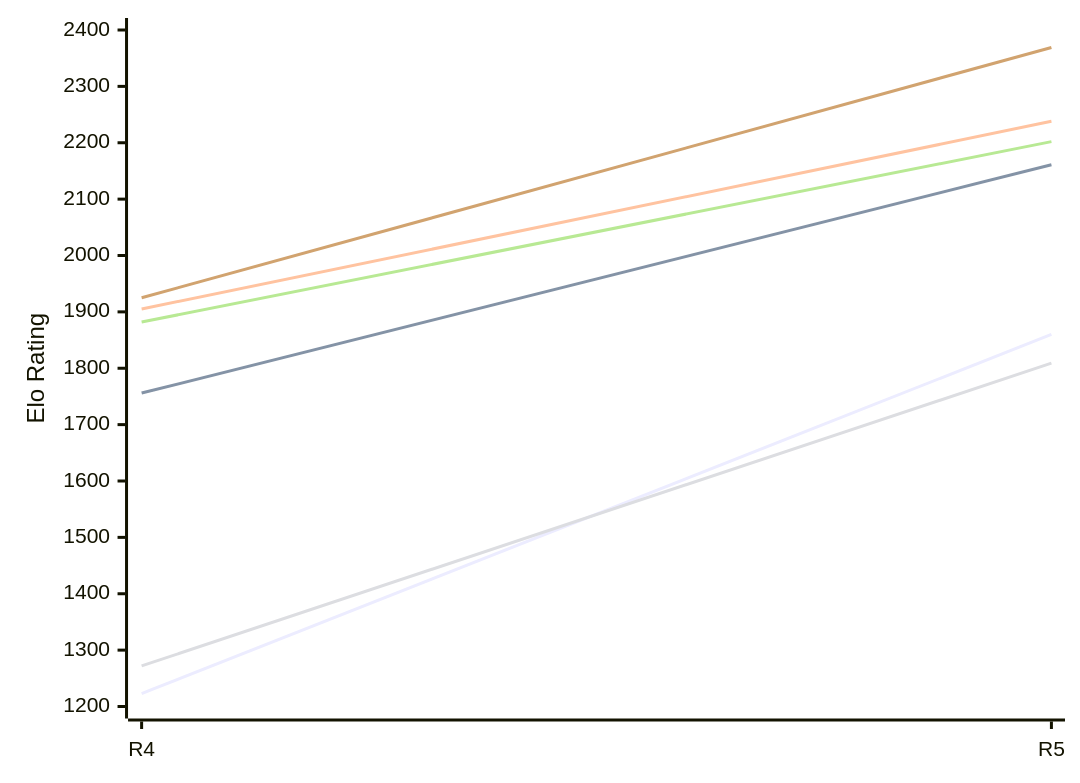
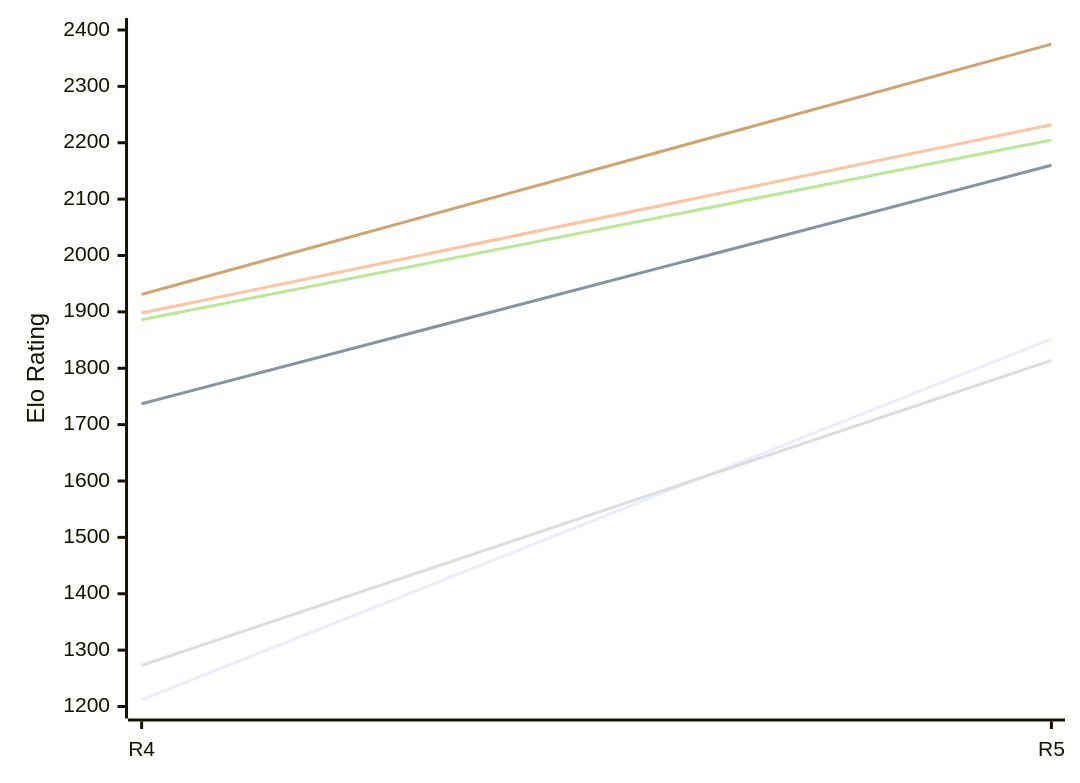
One commit to computer-chess-index/cci changed the first of 2 diagrams in engines/Viking.md. Above: the diagram before and after it, drawn with Mermaid. The commit also changed other lines of this file, not shown here.

Commit message:
Update CCI Ratings (ELO VLTC) - 2026-11-18

````diff
--- a/engines/Viking.md
+++ b/engines/Viking.md
@@ -50,12 +50,12 @@
 ```mermaid
 %%{init: {"theme":"base","themeVariables":{"seriesColors:['#a3a3a3','#222221','#faa371']}}}%%
 xychart-beta
   x-axis ["R4", "R5"]
   y-axis "Elo Rating" 1200 --> 2400
-  line "E1: STC (8.0+0.08s)" [1223, 1860]
-  line "E1: LTC (60.0+0.60s)" [1756, 2161]
-  line "E1: VLTC (2m24s+1.12s)" [1905, 2238]
-  line "P1: STC (8.0+0.08s)" [1272, 1809]
-  line "P1: LTC (60.0+0.60s)" [1882, 2202]
-  line "P1: VLTC (2m24s+1.12s)" [1925, 2369]
+  line "E1: STC (8.0+0.08s)" [1212, 1852]
+  line "E1: LTC (60.0+0.60s)" [1737, 2160]
+  line "E1: VLTC (2m24s+1.12s)" [1898, 2232]
+  line "P1: STC (8.0+0.08s)" [1273, 1814]
+  line "P1: LTC (60.0+0.60s)" [1886, 2205]
+  line "P1: VLTC (2m24s+1.12s)" [1931, 2375]
 ```
````
